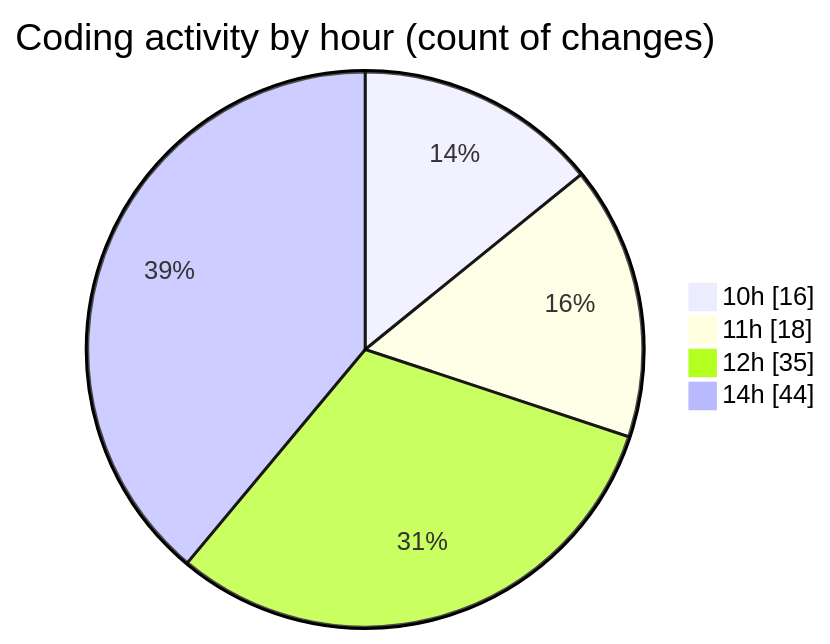
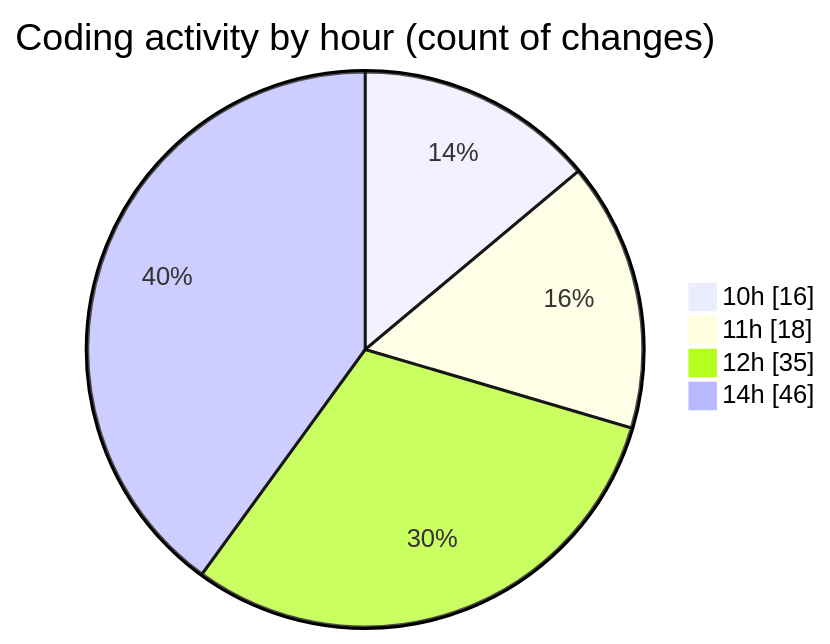
Before and after one commit to momahboobian/code-tracking: the second of 2 diagrams in 2026-05-06/cda/README.md, drawn with Mermaid. The commit also changed other lines of this file and 1 other file, not shown here.

````diff
--- a/2026-05-06/cda/README.md
+++ b/2026-05-06/cda/README.md
@@ -91,8 +92,8 @@
 ```mermaid
 pie showData
 title Coding activity by hour (count of changes)
 "10h" : 16
 "11h" : 18
 "12h" : 35
-"14h" : 44
+"14h" : 46
 ```
````
